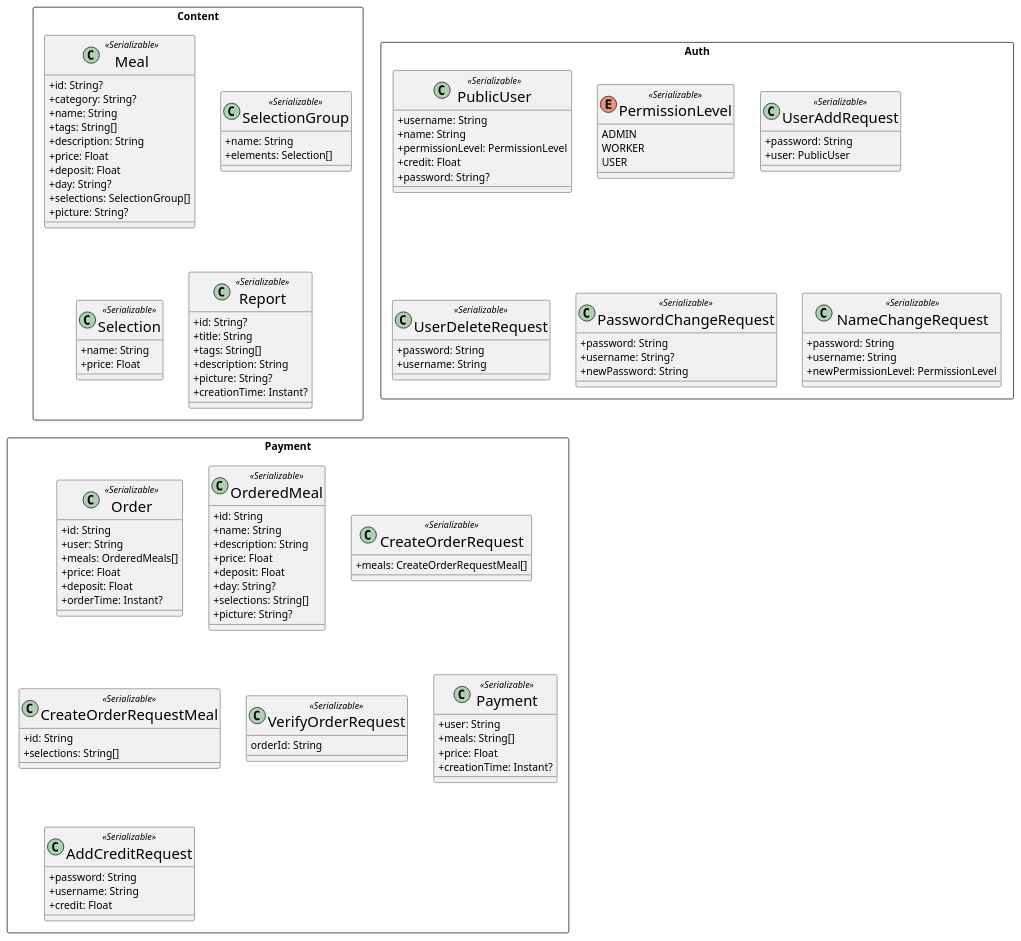
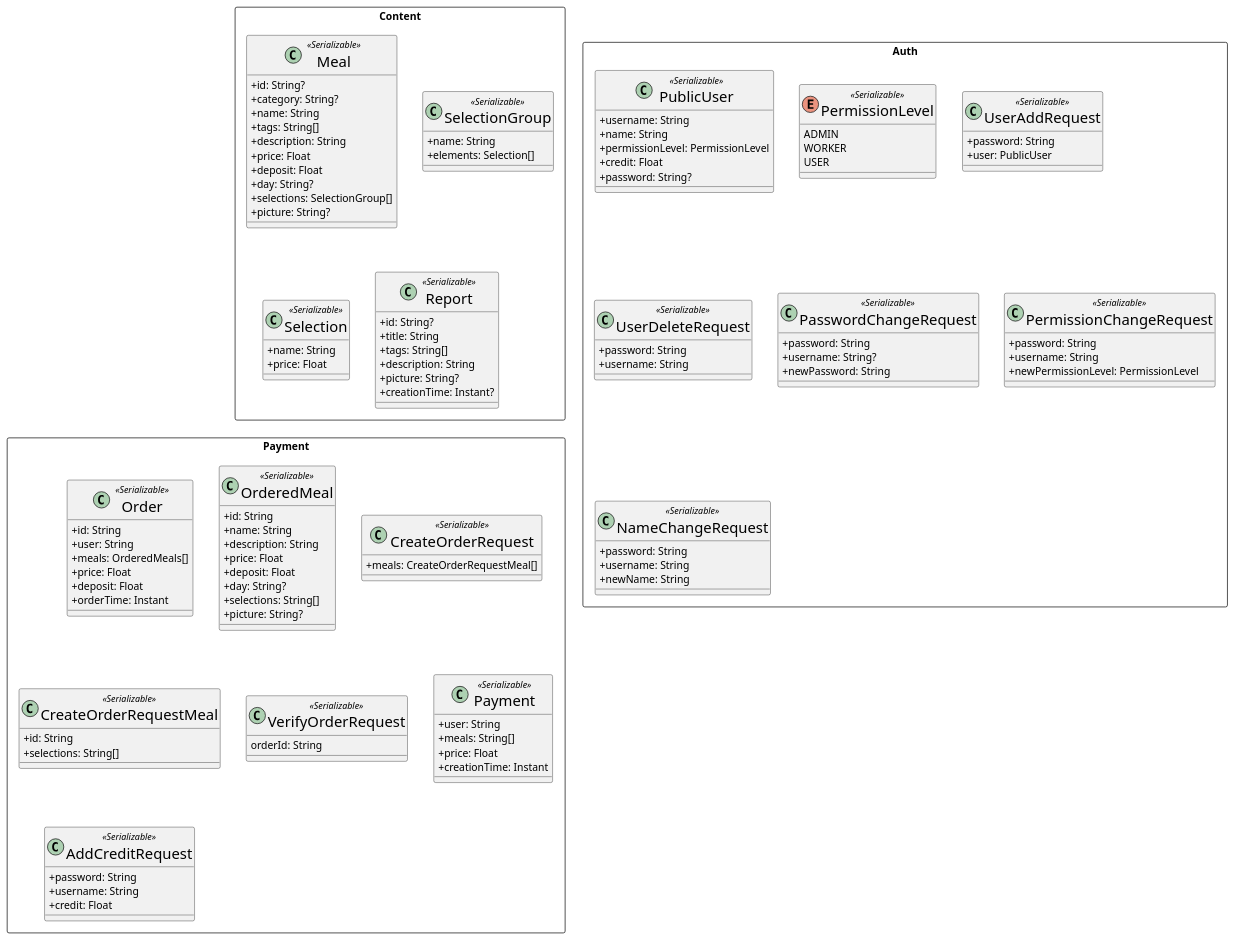
Before and after one commit to felix0351z/cantine: the diagram in server/interface/Data-Objects.puml, drawn with PlantUML.

Commit message:
Fixed plantuml object diagram

```diff
--- a/server/interface/Data-Objects.puml
+++ b/server/interface/Data-Objects.puml
@@ -1,137 +1,143 @@
 @startuml
 'https://plantuml.com/sequence-diagram
 skinparam classAttributeIconSize 0
 skinparam classFontSize 20
 
 package Content <<Rectangle>> {
 
 class Meal<<Serializable>> {
     + id: String?
     + category: String?
     + name: String
     + tags: String[]
     + description: String
     + price: Float
     + deposit: Float
     + day: String?
     + selections: SelectionGroup[]
     + picture: String?
 }
 
 class SelectionGroup<<Serializable>> {
     + name: String
     + elements: Selection[]
 }
 
 class Selection<<Serializable>> {
     + name: String
     + price: Float
 }
 
 class Report<<Serializable>> {
     + id: String?
     + title: String
     + tags: String[]
     + description: String
     + picture: String?
     + creationTime: Instant?
 }
 
 
 }
 
 package Auth <<Rectangle>> {
 
 class PublicUser<<Serializable>> {
     + username: String
     + name: String
     + permissionLevel: PermissionLevel
     + credit: Float
     + password: String?
 }
 
 enum PermissionLevel<<Serializable>> {
     ADMIN
     WORKER
     USER
 }
 
 class UserAddRequest<<Serializable>> {
     + password: String
     + user: PublicUser
 }
 
 class UserDeleteRequest<<Serializable>> {
     + password: String
     + username: String
 }
 
 class PasswordChangeRequest<<Serializable>> {
     + password: String
     + username: String?
     + newPassword: String
 }
 
+class PermissionChangeRequest<<Serializable>> {
+    + password: String
+    + username: String
+    + newPermissionLevel: PermissionLevel
+}
+
 class NameChangeRequest<<Serializable>> {
     + password: String
     + username: String
-    + newPermissionLevel: PermissionLevel
+    + newName: String
 }
 
 
 }
 
 package Payment <<Rectangle>> {
 
 class Order<<Serializable>> {
     + id: String
     + user: String
     + meals: OrderedMeals[]
     + price: Float
     + deposit: Float
-    + orderTime: Instant?
+    + orderTime: Instant
 }
 
 class OrderedMeal<<Serializable>> {
     + id: String
     + name: String
     + description: String
     + price: Float
     + deposit: Float
     + day: String?
     + selections: String[]
     + picture: String?
 }
 
 class CreateOrderRequest<<Serializable>> {
     + meals: CreateOrderRequestMeal[]
 }
 
 class CreateOrderRequestMeal<<Serializable>> {
     + id: String
     + selections: String[]
 }
 
 class VerifyOrderRequest<<Serializable>> {
     orderId: String
 }
 
 class Payment<<Serializable>> {
     + user: String
     + meals: String[]
     + price: Float
-    + creationTime: Instant?
+    + creationTime: Instant
 }
 
 class AddCreditRequest<<Serializable>> {
     + password: String
     + username: String
     + credit: Float
 }
 
 
 }
 
 
 
 @enduml
```
